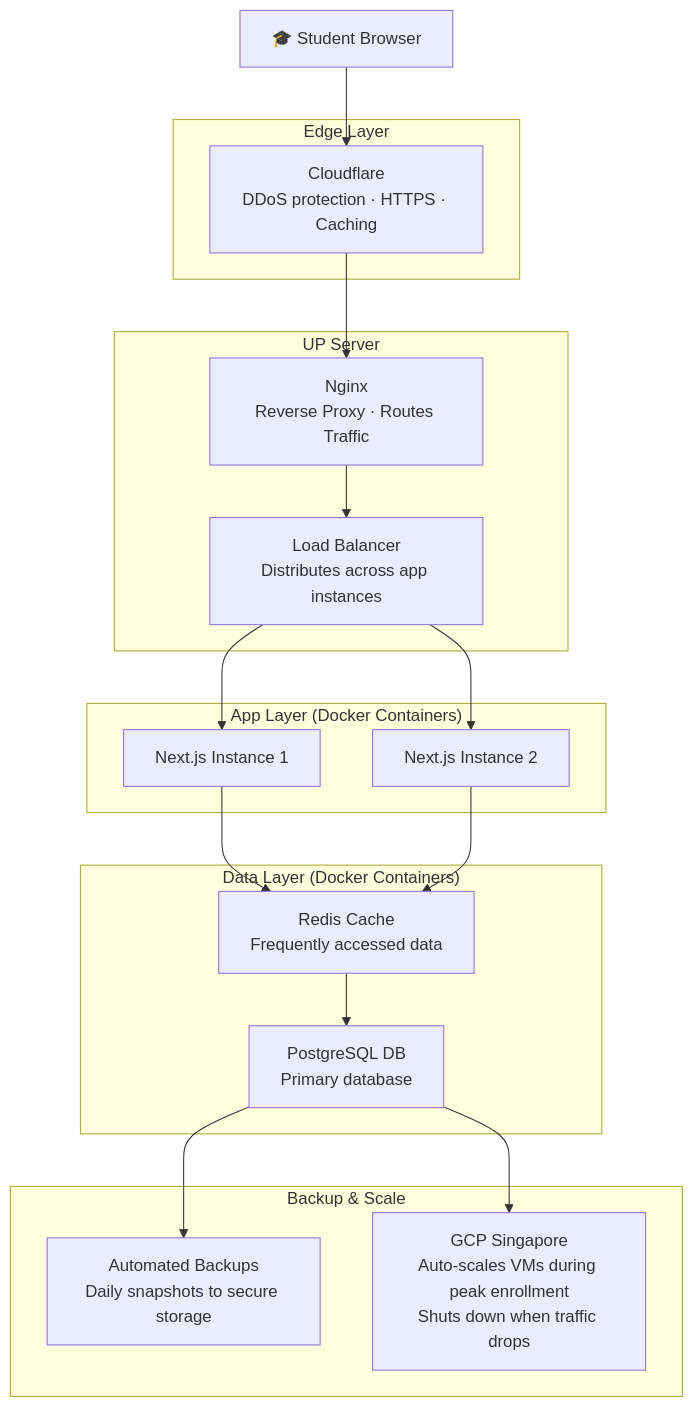
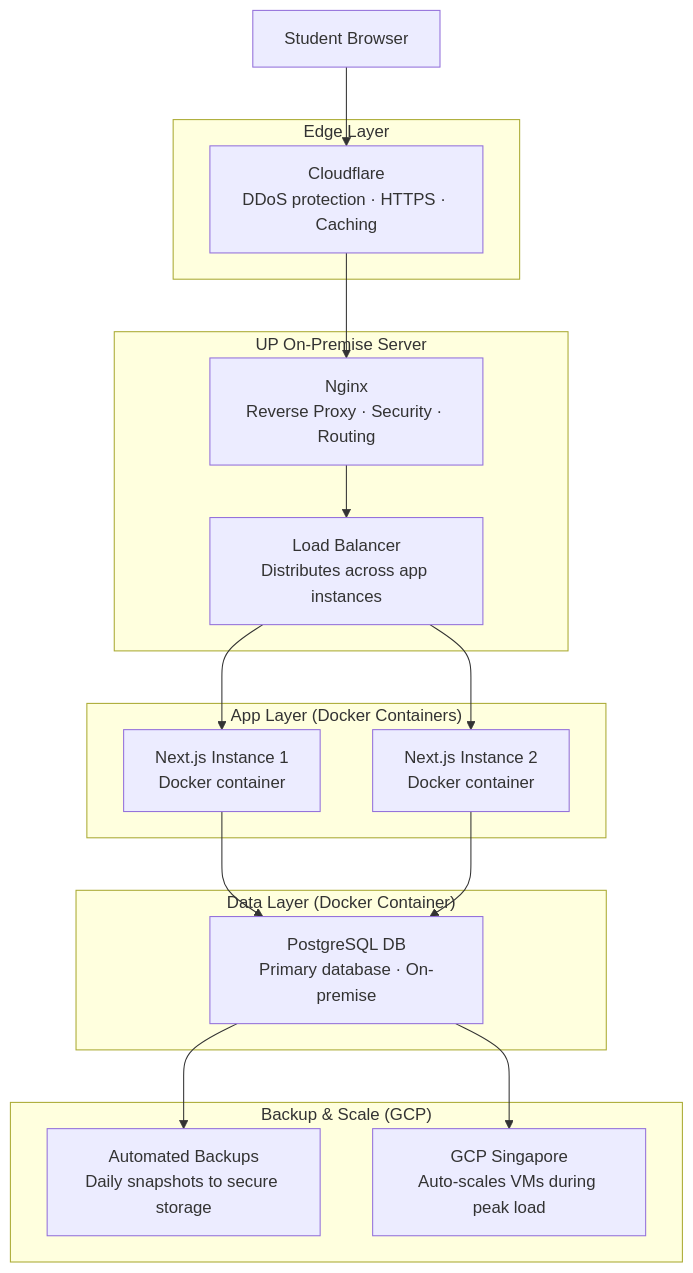
Before and after one commit to grape-ss/CMSC126_Activity_Unit5_Unit6: the diagram in README.md, drawn with Mermaid.

Commit message:
this is for the diag
Updated the README.md to improve clarity and detail in the architecture diagram.

````diff
--- a/README.md
+++ b/README.md
@@ -6,39 +6,37 @@
 ```mermaid
 flowchart TD
-    Student[🎓 Student Browser]
+    Student[Student Browser]
     Student --> CF
 
     subgraph Edge["Edge Layer"]
         CF[Cloudflare\nDDoS protection · HTTPS · Caching]
     end
 
-    subgraph UP["UP Server"]
-        Nginx[Nginx\nReverse Proxy · Routes Traffic]
+    subgraph UP["UP On-Premise Server"]
+        Nginx[Nginx\nReverse Proxy · Security · Routing]
         LB[Load Balancer\nDistributes across app instances]
         Nginx --> LB
     end
 
     subgraph AppLayer["App Layer (Docker Containers)"]
-        N1[Next.js Instance 1]
-        N2[Next.js Instance 2]
+        N1[Next.js Instance 1\nDocker container]
+        N2[Next.js Instance 2\nDocker container]
     end
 
-    subgraph DataLayer["Data Layer (Docker Containers)"]
-        Redis[Redis Cache\nFrequently accessed data]
-        PG[PostgreSQL DB\nPrimary database]
+    subgraph DataLayer["Data Layer (Docker Container)"]
+        PG[PostgreSQL DB\nPrimary database · On-premise]
     end
 
-    subgraph Backup["Backup & Scale"]
+    subgraph Backup["Backup & Scale (GCP)"]
         AB[Automated Backups\nDaily snapshots to secure storage]
-        GCP[GCP Singapore\nAuto-scales VMs during peak enrollment\nShuts down when traffic drops]
+        GCP[GCP Singapore\nAuto-scales VMs during peak load]
     end
 
     CF --> Nginx
     LB --> N1
     LB --> N2
-    N1 --> Redis
-    N2 --> Redis
-    Redis --> PG
+    N1 --> PG
+    N2 --> PG
     PG --> AB
     PG --> GCP
 ```
````
